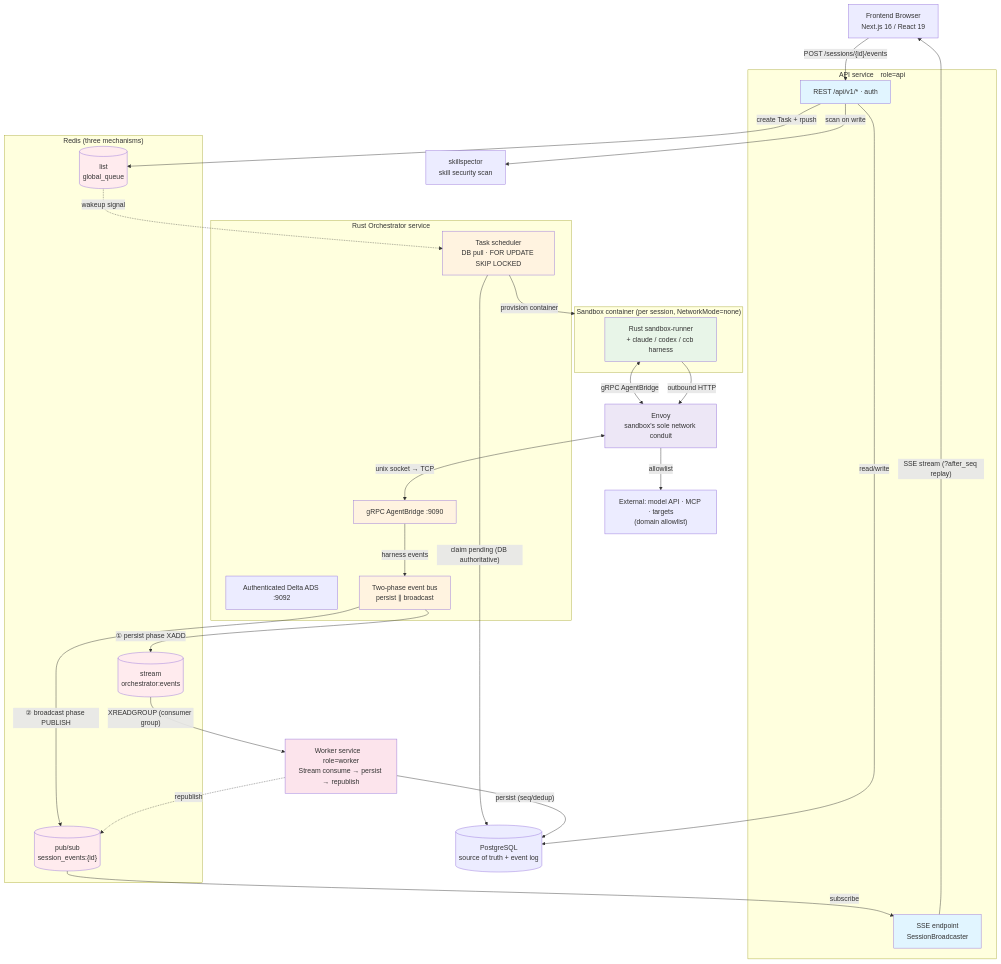
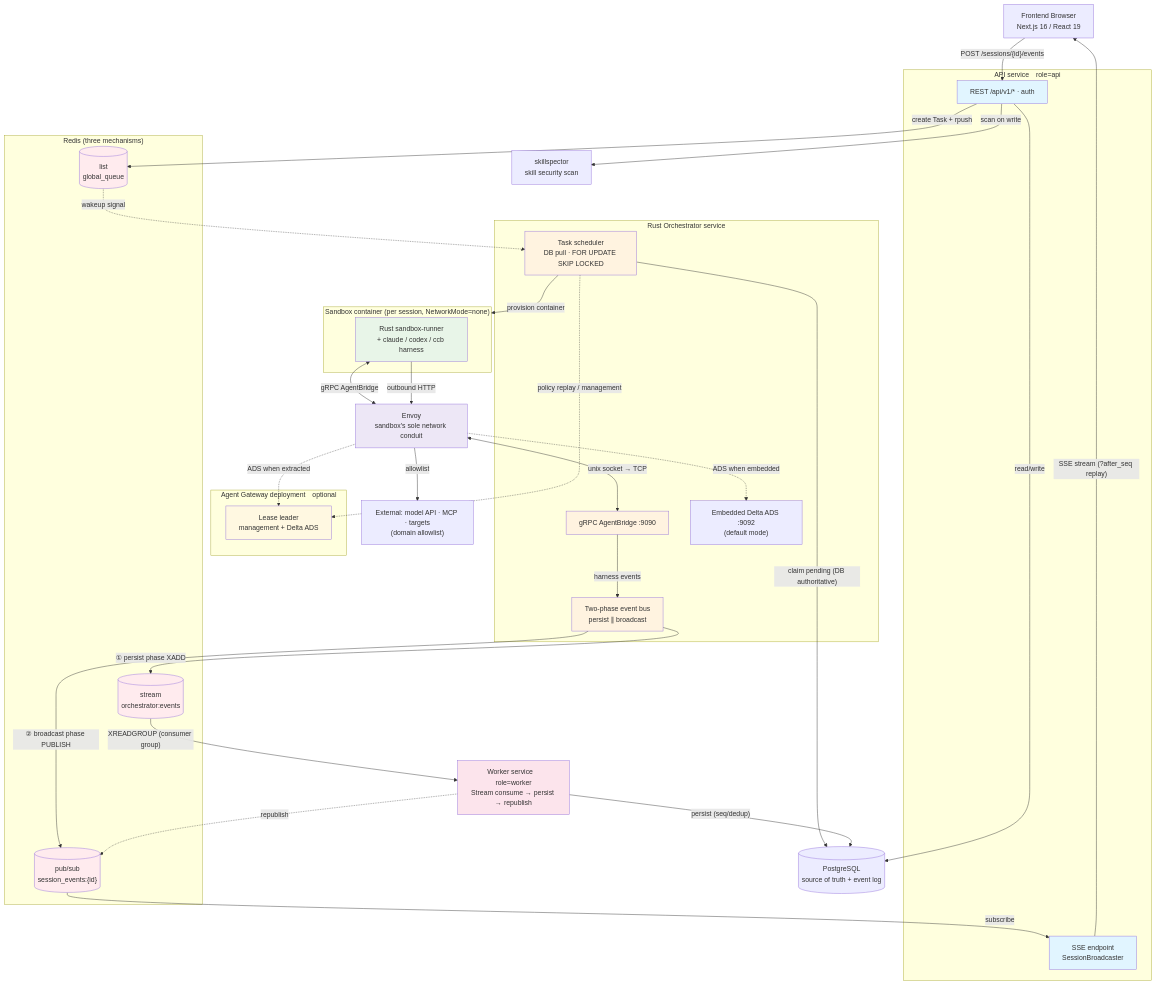
The first of 2 diagrams in docs/ARCHITECTURE.md (jd-opensource/JoySafeter), drawn with Mermaid before and after one commit. The commit also changed other lines of this file and 221 other files, not shown here.

Commit message:
feat(gateway): add standalone agent gateway architecture

````diff
--- a/docs/ARCHITECTURE.md
+++ b/docs/ARCHITECTURE.md
@@ -23,71 +22,79 @@
 ```mermaid
 flowchart TB
     FE["Frontend Browser<br/>Next.js 16 / React 19"]
 
     subgraph API_S["API service　role=api"]
         API["REST /api/v1/* · auth"]
         BC["SSE endpoint<br/>SessionBroadcaster"]
     end
 
     subgraph ORCH_S["Rust Orchestrator service"]
         SCHED["Task scheduler<br/>DB pull · FOR UPDATE SKIP LOCKED"]
         GRPC["gRPC AgentBridge :9090"]
-        XDS["Authenticated Delta ADS :9092"]
+        XDS["Embedded Delta ADS :9092<br/>(default mode)"]
         BUS["Two-phase event bus<br/>persist ∥ broadcast"]
+    end
+
+    subgraph GW_S["Agent Gateway deployment　optional"]
+        GWCP["Lease leader<br/>management + Delta ADS"]
     end
 
     WK["Worker service　role=worker<br/>Stream consume → persist → republish"]
 
     subgraph REDIS["Redis (three mechanisms)"]
         RLIST[("list<br/>global_queue")]
         RSTREAM[("stream<br/>orchestrator:events")]
         RPUB[("pub/sub<br/>session_events:{id}")]
     end
     PG[("PostgreSQL<br/>source of truth + event log")]
     SKILLSPECTOR["skillspector<br/>skill security scan"]
 
     subgraph SBX["Sandbox container (per session, NetworkMode=none)"]
         RUN["Rust sandbox-runner<br/>+ claude / codex / ccb harness"]
     end
     ENVOY["Envoy<br/>sandbox's sole network conduit"]
     EXT["External: model API · MCP · targets<br/>(domain allowlist)"]
 
     %% submit & schedule
     FE -->|"POST /sessions/{id}/events"| API
     API -->|"create Task + rpush"| RLIST
     API -->|"read/write"| PG
     API -->|"scan on write"| SKILLSPECTOR
     RLIST -.->|"wakeup signal"| SCHED
     SCHED -->|"claim pending (DB authoritative)"| PG
     SCHED -->|"provision container"| SBX
 
     %% all sandbox traffic goes through Envoy
     RUN <-->|"gRPC AgentBridge"| ENVOY
     ENVOY <-->|"unix socket → TCP"| GRPC
     RUN -->|"outbound HTTP"| ENVOY
     ENVOY -->|"allowlist"| EXT
+    ENVOY -.->|"ADS when embedded"| XDS
+    ENVOY -.->|"ADS when extracted"| GWCP
+    SCHED -.->|"policy replay / management"| GWCP
 
     %% two-phase event bus
     GRPC -->|"harness events"| BUS
     BUS -->|"① persist phase XADD"| RSTREAM
     BUS -->|"② broadcast phase PUBLISH"| RPUB
     RSTREAM -->|"XREADGROUP (consumer group)"| WK
     WK -->|"persist (seq/dedup)"| PG
     WK -.->|"republish"| RPUB
 
     %% SSE return path to the browser
     RPUB -->|"subscribe"| BC
     BC -->|"SSE stream (?after_seq replay)"| FE
 
     style API fill:#e1f5ff
     style BC fill:#e1f5ff
     style SCHED fill:#fff3e0
     style GRPC fill:#fff3e0
     style BUS fill:#fff3e0
+    style GWCP fill:#fff8e1
     style WK fill:#fce4ec
     style RLIST fill:#ffebee
     style RSTREAM fill:#ffebee
     style RPUB fill:#ffebee
     style RUN fill:#e8f5e8
     style ENVOY fill:#ede7f6
 ```
````
